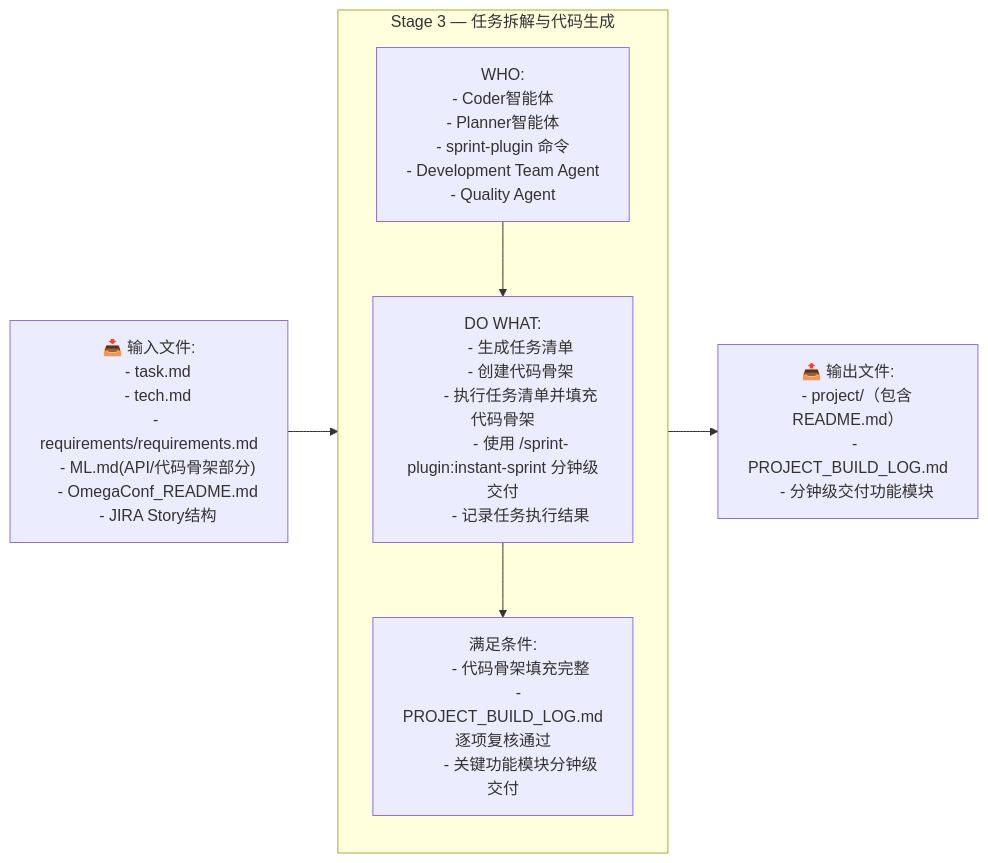
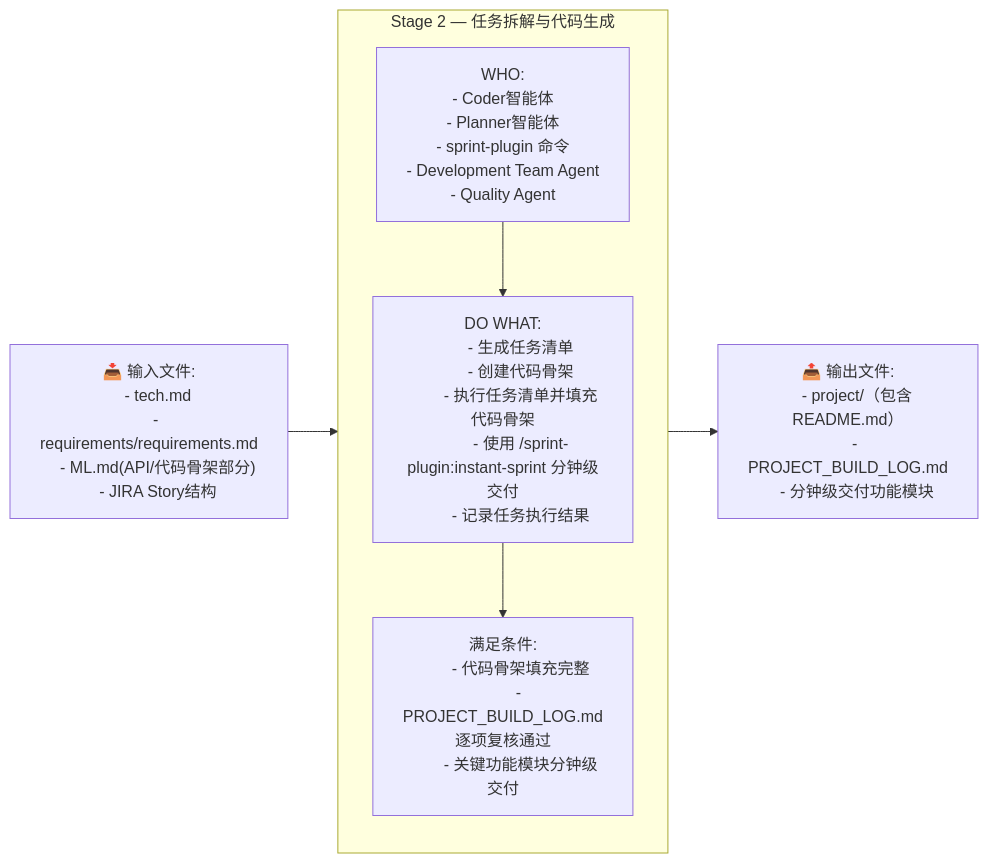
The third of 15 diagrams in README.md (ouyangshixiong/context-engineering-zh), drawn with Mermaid before and after one commit. The commit also changed other lines of this file and 1 other file, not shown here.

````diff
--- a/README.md
+++ b/README.md
@@ -239,42 +196,40 @@
 ```mermaid
 flowchart LR
-    %% ================= Stage 3 =================
-    I3["📥 输入文件:
-    - task.md
+    %% ================= Stage 2 =================
+    I2["📥 输入文件:
     - tech.md
     - requirements/requirements.md
     - ML.md(API/代码骨架部分)
-    - OmegaConf_README.md
     - JIRA Story结构"]
 
-    O3["📤 输出文件:
+    O2["📤 输出文件:
     - project/（包含README.md）
     - PROJECT_BUILD_LOG.md
     - 分钟级交付功能模块"]
 
-    subgraph S3["Stage 3 — 任务拆解与代码生成"]
+    subgraph S2["Stage 2 — 任务拆解与代码生成"]
         direction TB
         W3["WHO:
         - Coder智能体
         - Planner智能体
         - sprint-plugin 命令
         - Development Team Agent
         - Quality Agent"]
 
         A3["DO WHAT:
         - 生成任务清单
         - 创建代码骨架
         - 执行任务清单并填充代码骨架
         - 使用 /sprint-plugin:instant-sprint 分钟级交付
         - 记录任务执行结果"]
 
         V3["满足条件:
         - 代码骨架填充完整
         - PROJECT_BUILD_LOG.md逐项复核通过
         - 关键功能模块分钟级交付"]
 
         W3 --> A3 --> V3
     end
 
-    I3 --> S3 --> O3
+    I2 --> S2 --> O2
 ```
````
